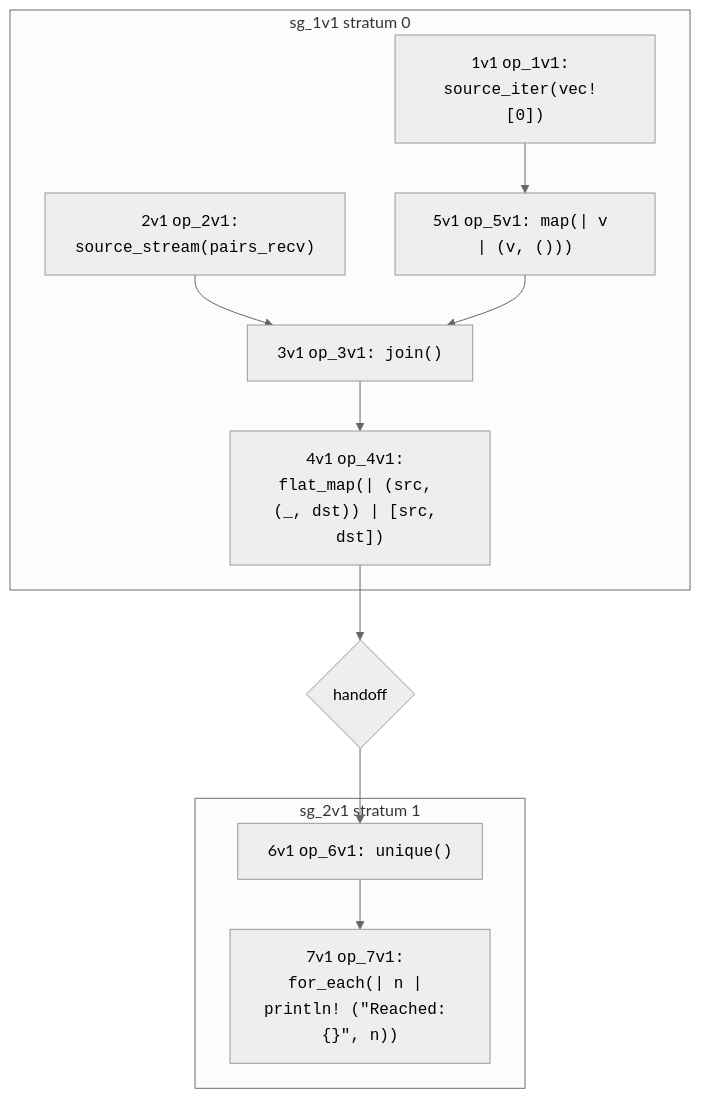
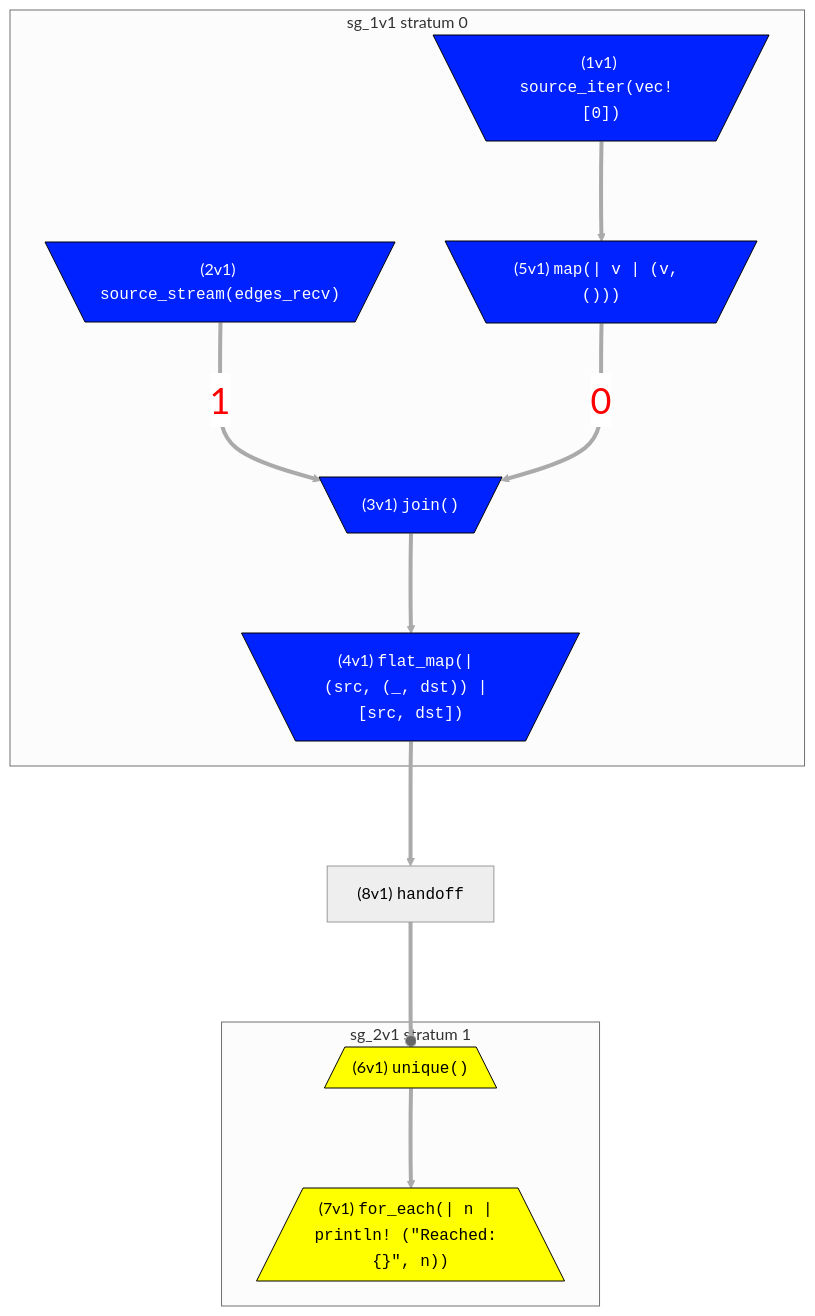
Before and after one commit to nickjiang2378/hydroflow: the second of 2 diagrams in book/example_4_neighbors.md, drawn with Mermaid (neutral theme). The commit also changed other lines of this file and 13 other files, not shown here.

Commit message:
update mermaid diagrams in book (#322)

````diff
--- a/book/example_4_neighbors.md
+++ b/book/example_4_neighbors.md
@@ -147,24 +147,25 @@
 ```mermaid
-flowchart TB
-    subgraph "sg_1v1 stratum 0"
-        1v1["1v1 <tt>op_1v1: source_iter(vec! [0])</tt>"]
-        2v1["2v1 <tt>op_2v1: source_stream(pairs_recv)</tt>"]
-        5v1["5v1 <tt>op_5v1: map(| v | (v, ()))</tt>"]
-        3v1["3v1 <tt>op_3v1: join()</tt>"]
-        4v1["4v1 <tt>op_4v1: flat_map(| (src, (_, dst)) | [src, dst])</tt>"]
-    end
-    subgraph "sg_2v1 stratum 1"
-        6v1["6v1 <tt>op_6v1: unique()</tt>"]
-        7v1["7v1 <tt>op_7v1: for_each(| n | println! (&quot;Reached: {}&quot;, n))</tt>"]
-    end
-
-    8v1{"handoff"}
-
-    1v1-->5v1
-    2v1-->3v1
-    3v1-->4v1
-    4v1-->8v1
-    5v1-->3v1
-    6v1-->7v1
-    8v1-->6v1
+flowchart TD
+classDef pullClass fill:#02f,color:#fff,stroke:#000
+classDef pushClass fill:#ff0,stroke:#000
+linkStyle default stroke:#aaa,stroke-width:4px,color:red,font-size:1.5em;
+subgraph "sg_1v1 stratum 0"
+    1v1[\"(1v1) <tt>source_iter(vec! [0])</tt>"/]:::pullClass
+    2v1[\"(2v1) <tt>source_stream(edges_recv)</tt>"/]:::pullClass
+    5v1[\"(5v1) <tt>map(| v | (v, ()))</tt>"/]:::pullClass
+    3v1[\"(3v1) <tt>join()</tt>"/]:::pullClass
+    4v1[\"(4v1) <tt>flat_map(| (src, (_, dst)) | [src, dst])</tt>"/]:::pullClass
+    1v1--->5v1
+    2v1--1--->3v1
+    5v1--0--->3v1
+    3v1--->4v1
+end
+subgraph "sg_2v1 stratum 1"
+    6v1[/"(6v1) <tt>unique()</tt>"\]:::pushClass
+    7v1[/"(7v1) <tt>for_each(| n | println! (&quot;Reached: {}&quot;, n))</tt>"\]:::pushClass
+    6v1--->7v1
+end
+4v1--->8v1
+8v1["(8v1) <tt>handoff</tt>"]:::otherClass
+8v1===o6v1
 ```
````
